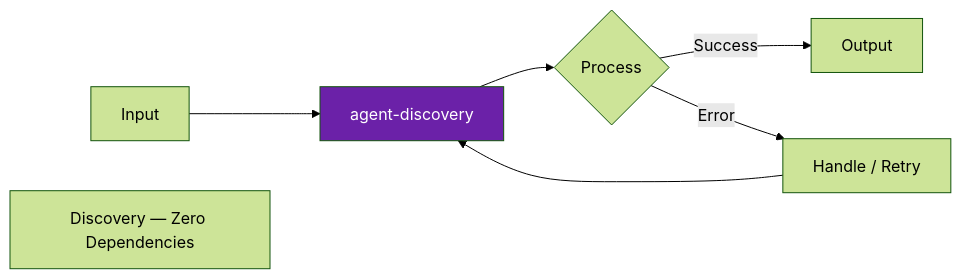
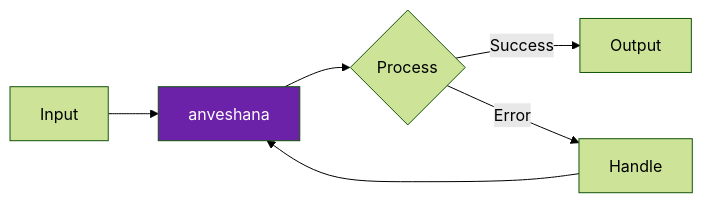
The diagram in README.md (darshjme/anveshana), drawn with Mermaid (forest theme) before and after one commit. The commit also changed other lines of this file and 1 other file, not shown here.

First line of the commit message:
feat(vedic-v3): rename to anveshana (अन्वेषण)

````diff
--- a/README.md
+++ b/README.md
@@ -48,10 +39,9 @@
 ```mermaid
 flowchart LR
-    A[Input] --> B[agent-discovery]
+    A[Input] --> B[anveshana]
     B --> C{Process}
     C -- Success --> D[Output]
-    C -- Error --> E[Handle / Retry]
+    C -- Error --> E[Handle]
     E --> B
     style B fill:#6b21a8,color:#fff
-    note["Discovery — Zero Dependencies"]
 ```
````
